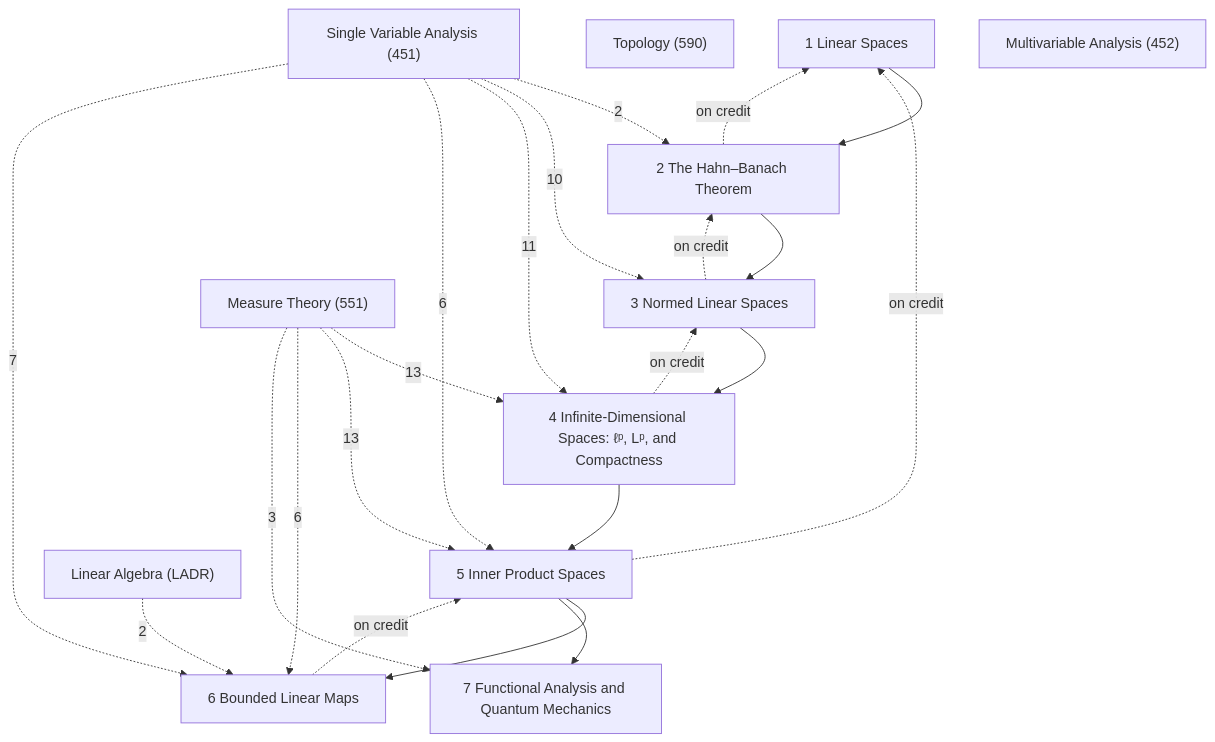
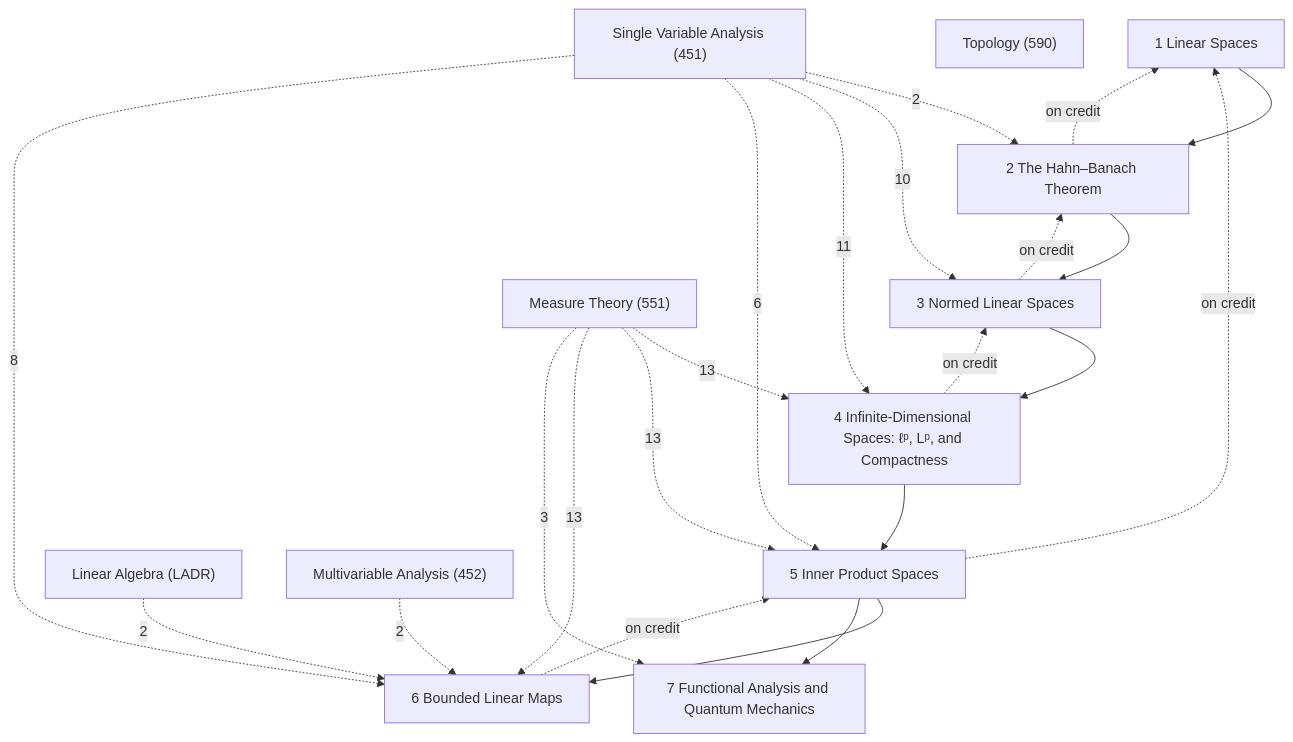
One commit to Onion20040508/notes changed the diagram in Math/Functional Analysis/Functional Analysis.md. Above: the diagram before and after it, drawn with Mermaid. The commit also changed other lines of this file and 37 other files, not shown here.

````diff
--- a/Math/Functional Analysis/Functional Analysis.md
+++ b/Math/Functional Analysis/Functional Analysis.md
@@ -33,36 +33,37 @@
 ```mermaid
 graph TD
   C1["1 Linear Spaces"]
   C2["2 The Hahn–Banach Theorem"]
   C3["3 Normed Linear Spaces"]
   C4["4 Infinite-Dimensional Spaces: ℓᵖ, Lᵖ, and Compactness"]
   C5["5 Inner Product Spaces"]
   C6["6 Bounded Linear Maps"]
   C7["7 Functional Analysis and Quantum Mechanics"]
   X1["Linear Algebra (LADR)"]
   X2["Measure Theory (551)"]
   X3["Topology (590)"]
   X4["Single Variable Analysis (451)"]
   X5["Multivariable Analysis (452)"]
   C1 --> C2
   C2 --> C3
   C3 --> C4
   C4 --> C5
   C5 --> C6
   C5 --> C7
   C2 -.->|on credit| C1
   C3 -.->|on credit| C2
   C4 -.->|on credit| C3
   C5 -.->|on credit| C1
   C6 -.->|on credit| C5
   X1 -.->|2| C6
   X2 -.->|13| C4
   X2 -.->|13| C5
-  X2 -.->|6| C6
+  X2 -.->|13| C6
   X2 -.->|3| C7
+  X5 -.->|2| C6
   X4 -.->|2| C2
   X4 -.->|10| C3
   X4 -.->|11| C4
   X4 -.->|6| C5
-  X4 -.->|7| C6
+  X4 -.->|8| C6
 ```
````
